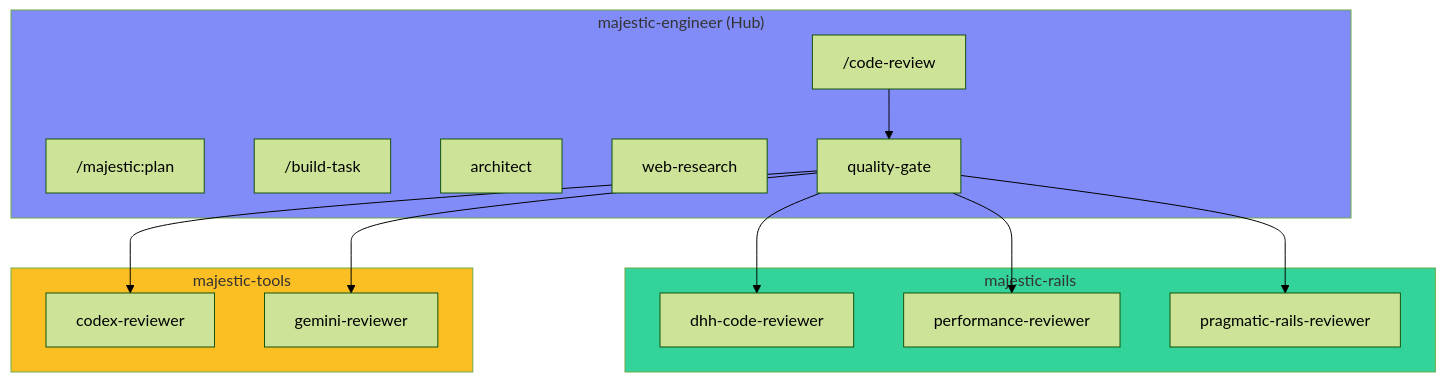
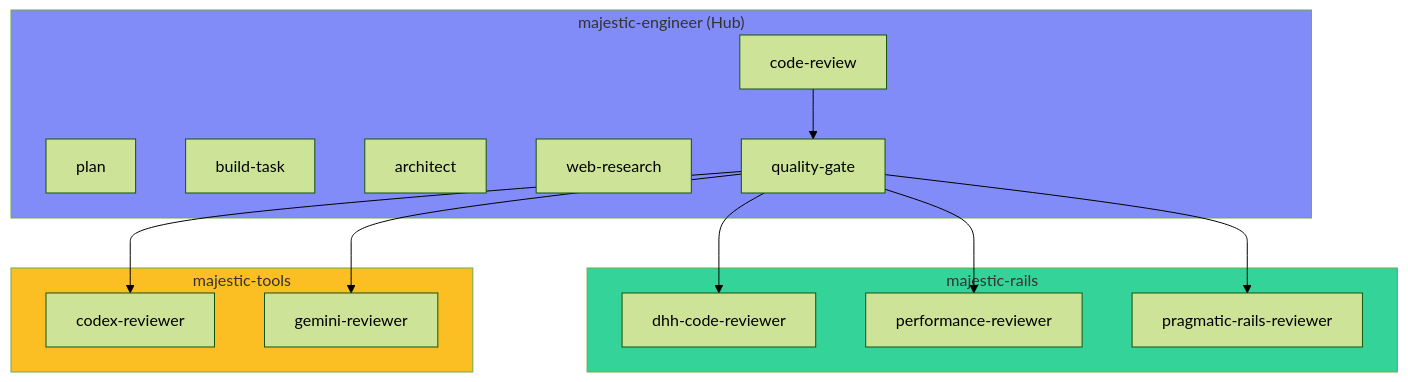
The third of 3 diagrams in slides.md (majesticlabs-dev/marketplace-tutorial), drawn with Mermaid (forest theme) before and after one commit. The commit also changed other lines of this file, not shown here.

First line of the commit message:
docs: update tutorial slides with latest Majestic Marketplace workflows

````diff
--- a/slides.md
+++ b/slides.md
@@ -450,34 +490,34 @@
 ```mermaid {scale: 0.65}
 graph TB
     subgraph engineer["majestic-engineer (Hub)"]
-        plan["/majestic:plan"]
-        build["/build-task"]
-        review["/code-review"]
+        plan["plan"]
+        build["build-task"]
+        review["code-review"]
 
         arch["architect"]
         web["web-research"]
         qa["quality-gate"]
     end
 
     subgraph rails["majestic-rails"]
         dhh["dhh-code-reviewer"]
         perf["performance-reviewer"]
         prag["pragmatic-rails-reviewer"]
     end
 
     subgraph tools["majestic-tools"]
         codex["codex-reviewer"]
         gemini["gemini-reviewer"]
     end
 
     review --> qa
     qa --> dhh
     qa --> perf
     qa --> prag
     qa --> codex
     qa --> gemini
 
     style engineer fill:#818cf8
     style rails fill:#34d399
     style tools fill:#fbbf24
 ```
````
